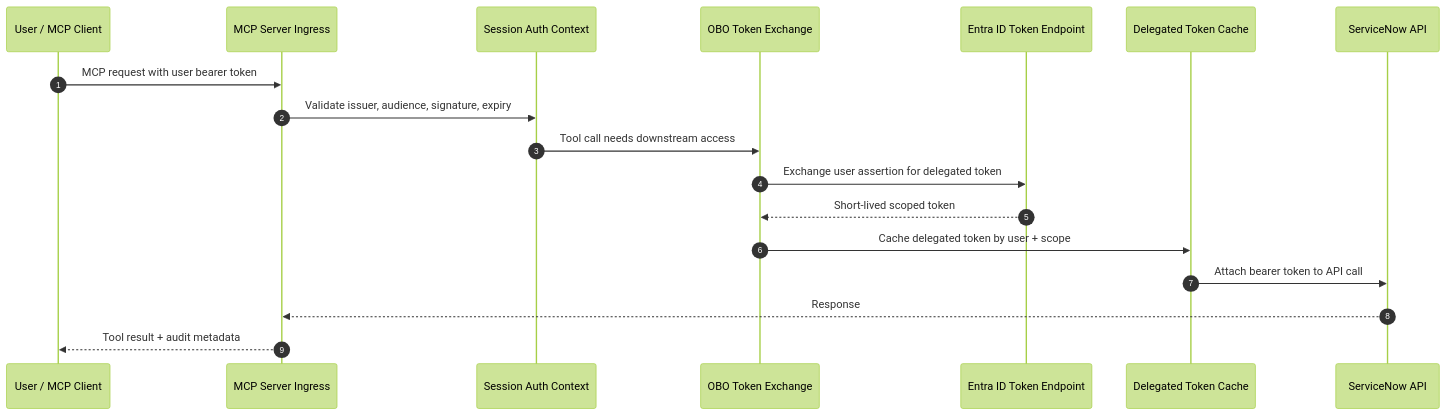
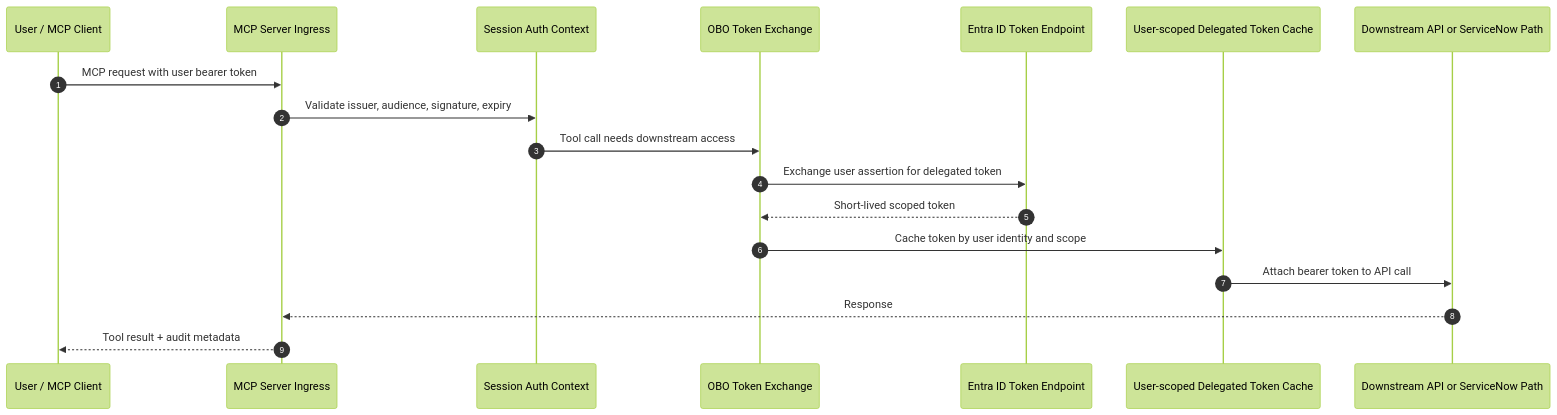
The second of 3 diagrams in README.md (drewelewis/ai-servicenow-mcp-obo), drawn with Mermaid (forest theme) before and after one commit. The commit also changed other lines of this file and 7 other files, not shown here.

Commit message:
feat: harden OBO auth and document architecture

````diff
--- a/README.md
+++ b/README.md
@@ -165,21 +266,21 @@
 ```mermaid
 sequenceDiagram
   autonumber
   participant U as User / MCP Client
   participant I as MCP Server Ingress
   participant C as Session Auth Context
   participant O as OBO Token Exchange
   participant E as Entra ID Token Endpoint
-  participant K as Delegated Token Cache
-  participant S as ServiceNow API
+  participant K as User-scoped Delegated Token Cache
+  participant S as Downstream API or ServiceNow Path
 
   U->>I: MCP request with user bearer token
   I->>C: Validate issuer, audience, signature, expiry
   C->>O: Tool call needs downstream access
   O->>E: Exchange user assertion for delegated token
   E-->>O: Short-lived scoped token
-  O->>K: Cache delegated token by user + scope
+  O->>K: Cache token by user identity and scope
   K->>S: Attach bearer token to API call
   S-->>I: Response
   I-->>U: Tool result + audit metadata
 ```
````
